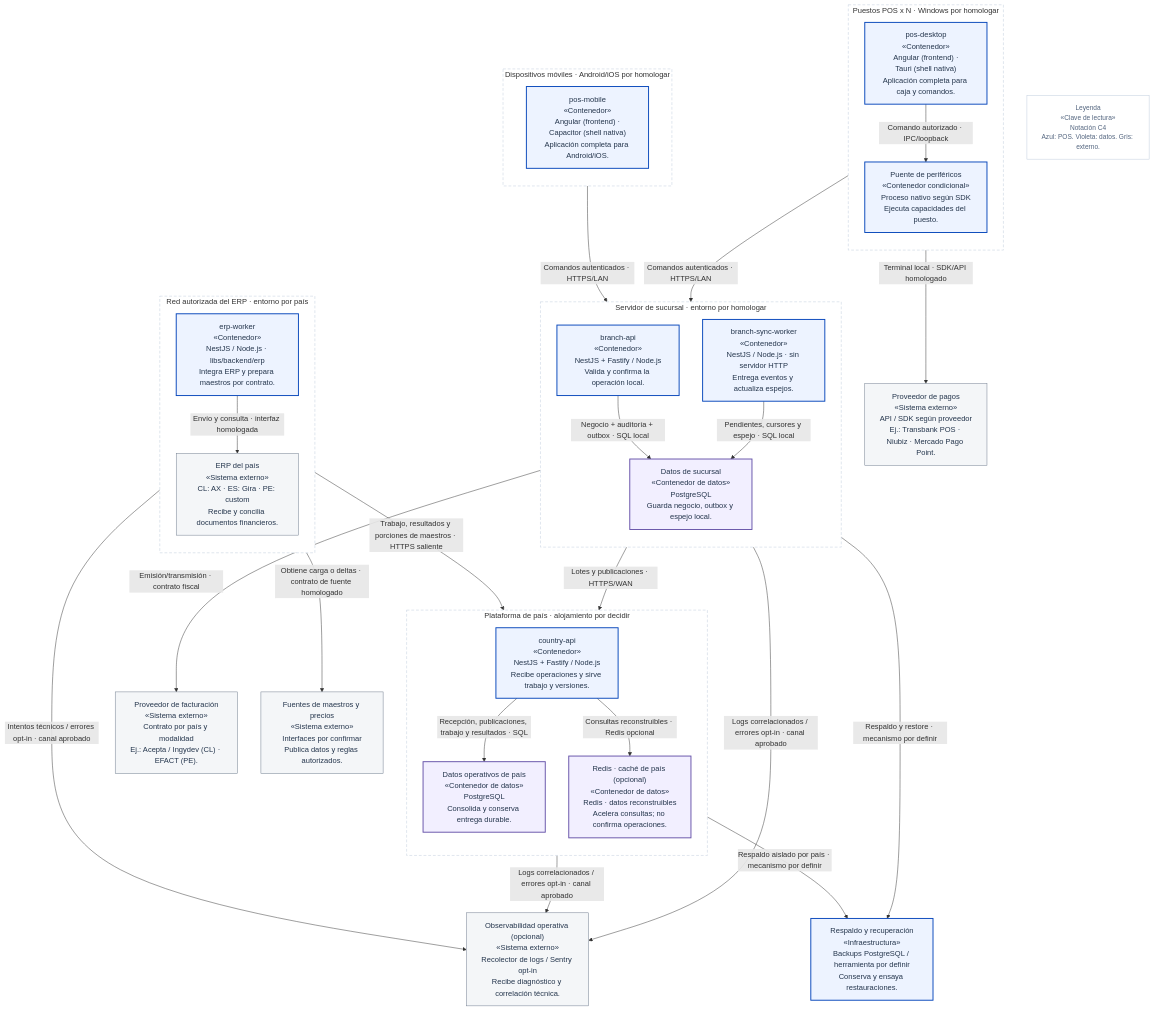
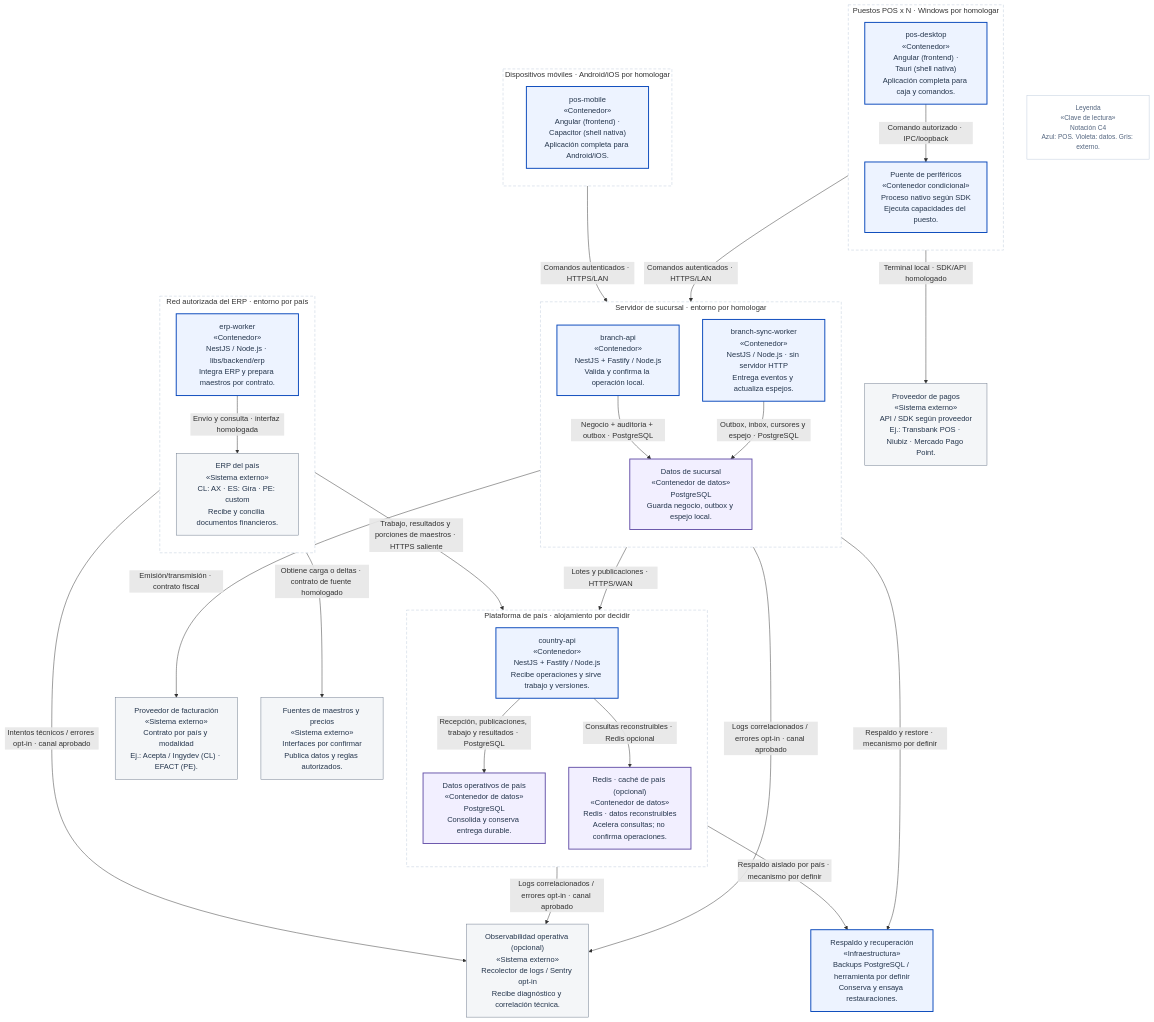
Before and after one commit to developer-implementos/pos-docs: the diagram in docs/diagramas-excalidraw/mermaid/c4-deployment.mmd, drawn with Mermaid. The commit also changed 53 other files, not shown here.

Commit message:
docs: use consistent PostgreSQL connector labels

```diff
--- a/docs/diagramas-excalidraw/mermaid/c4-deployment.mmd
+++ b/docs/diagramas-excalidraw/mermaid/c4-deployment.mmd
@@ -1,63 +1,63 @@
 flowchart TB
     accTitle: Complemento · Despliegue — Sucursal, país y red autorizada del ERP
     accDescr: Perfil WAN: puestos y móviles usan el servidor de sucursal por LAN. País y red del ERP son entornos independientes, conectados mediante contratos autenticados. PostgreSQL conserva negocio y entrega durable. Country-api publica versiones; erp-worker prepara maestros mediante un contrato de origen y presupuesto aislados. Redis es caché opcional. Sin SQL WAN ni aplicación adicional.
     subgraph terminalNode["Puestos POS x N · Windows por homologar"]
         direction TB
         client["pos-desktop<br/>«Contenedor»<br/>Angular (frontend) ·<br/>Tauri (shell nativa)<br/>Aplicación completa para caja y comandos."]:::pos
         device["Puente de periféricos<br/>«Contenedor condicional»<br/>Proceso nativo según SDK<br/>Ejecuta capacidades del puesto."]:::pos
     end
     subgraph mobileNode["Dispositivos móviles · Android/iOS por homologar"]
         direction TB
         mobileClient["pos-mobile<br/>«Contenedor»<br/>Angular (frontend) ·<br/>Capacitor (shell nativa)<br/>Aplicación completa para Android/iOS."]:::pos
     end
     subgraph serverNode["Servidor de sucursal · entorno por homologar"]
         direction TB
         branchApi["branch-api<br/>«Contenedor»<br/>NestJS + Fastify / Node.js<br/>Valida y confirma la operación local."]:::pos
         syncWorker["branch-sync-worker<br/>«Contenedor»<br/>NestJS / Node.js · sin servidor HTTP<br/>Entrega eventos y actualiza espejos."]:::pos
         branchDb["Datos de sucursal<br/>«Contenedor de datos»<br/>PostgreSQL<br/>Guarda negocio, outbox y espejo local."]:::store
     end
     subgraph countryNode["Plataforma de país · alojamiento por decidir"]
         direction TB
         countryApi["country-api<br/>«Contenedor»<br/>NestJS + Fastify / Node.js<br/>Recibe operaciones y sirve trabajo y versiones."]:::pos
         countryDb["Datos operativos de país<br/>«Contenedor de datos»<br/>PostgreSQL<br/>Consolida y conserva entrega durable."]:::store
         countryCache["Redis · caché de país (opcional)<br/>«Contenedor de datos»<br/>Redis · datos reconstruibles<br/>Acelera consultas; no confirma operaciones."]:::store
     end
     subgraph erpNode["Red autorizada del ERP · entorno por país"]
         direction TB
         erpAdapter["erp-worker<br/>«Contenedor»<br/>NestJS / Node.js · libs/backend/erp<br/>Integra ERP y prepara maestros por contrato."]:::pos
         erp["ERP del país<br/>«Sistema externo»<br/>CL: AX · ES: Gira · PE: custom<br/>Recibe y concilia documentos financieros."]:::external
     end
         payments["Proveedor de pagos<br/>«Sistema externo»<br/>API / SDK según proveedor<br/>Ej.: Transbank POS · Niubiz · Mercado Pago Point."]:::external
         fiscal["Proveedor de facturación<br/>«Sistema externo»<br/>Contrato por país y modalidad<br/>Ej.: Acepta / Ingydev (CL) · EFACT (PE)."]:::external
         backup["Respaldo y recuperación<br/>«Infraestructura»<br/>Backups PostgreSQL / herramienta por definir<br/>Conserva y ensaya restauraciones."]:::pos
         observability["Observabilidad operativa (opcional)<br/>«Sistema externo»<br/>Recolector de logs / Sentry opt-in<br/>Recibe diagnóstico y correlación técnica."]:::external
         masters["Fuentes de maestros y precios<br/>«Sistema externo»<br/>Interfaces por confirmar<br/>Publica datos y reglas autorizados."]:::external
         legend["Leyenda<br/>«Clave de lectura»<br/>Notación C4<br/>Azul: POS. Violeta: datos. Gris: externo."]:::key
     client -->|"Comandos autenticados · HTTPS/LAN"| branchApi
     mobileClient -->|"Comandos autenticados · HTTPS/LAN"| branchApi
     client -->|"Comando autorizado · IPC/loopback"| device
-    branchApi -->|"Negocio + auditoría + outbox · SQL local"| branchDb
-    syncWorker -->|"Pendientes, cursores y espejo · SQL local"| branchDb
+    branchApi -->|"Negocio + auditoría + outbox · PostgreSQL"| branchDb
+    syncWorker -->|"Outbox, inbox, cursores y espejo · PostgreSQL"| branchDb
     syncWorker -->|"Lotes y publicaciones · HTTPS/WAN"| countryApi
-    countryApi -->|"Recepción, publicaciones, trabajo y resultados · SQL"| countryDb
+    countryApi -->|"Recepción, publicaciones, trabajo y resultados · PostgreSQL"| countryDb
     countryApi -->|"Consultas reconstruibles · Redis opcional"| countryCache
     erpAdapter -->|"Trabajo, resultados y porciones de maestros · HTTPS saliente"| countryApi
     erpAdapter -->|"Envío y consulta · interfaz homologada"| erp
     device -->|"Terminal local · SDK/API homologado"| payments
     branchApi -->|"Emisión/transmisión · contrato fiscal"| fiscal
     branchDb -->|"Respaldo y restore · mecanismo por definir"| backup
     countryDb -->|"Respaldo aislado por país · mecanismo por definir"| backup
     branchApi -->|"Logs correlacionados / errores opt-in · canal aprobado"| observability
     countryApi -->|"Logs correlacionados / errores opt-in · canal aprobado"| observability
     erpAdapter -->|"Intentos técnicos / errores opt-in · canal aprobado"| observability
     erpAdapter -->|"Obtiene carga o deltas · contrato de fuente homologado"| masters
     classDef pos fill:#EDF3FF,stroke:#0545BA,color:#25364D,stroke-width:2px
     classDef store fill:#F2EFFF,stroke:#6551A8,color:#25364D,stroke-width:2px
     classDef external fill:#F4F6F8,stroke:#6B788A,color:#25364D
     classDef person fill:#18336D,stroke:#18336D,color:#FFFFFF
     classDef key fill:#FFFFFF,stroke:#BCC9DB,color:#53657F,font-size:14px
     style terminalNode fill:#FFFFFF,stroke:#BCC9DB,stroke-dasharray:6 4
     style mobileNode fill:#FFFFFF,stroke:#BCC9DB,stroke-dasharray:6 4
     style serverNode fill:#FFFFFF,stroke:#BCC9DB,stroke-dasharray:6 4
     style countryNode fill:#FFFFFF,stroke:#BCC9DB,stroke-dasharray:6 4
     style erpNode fill:#FFFFFF,stroke:#BCC9DB,stroke-dasharray:6 4
```
